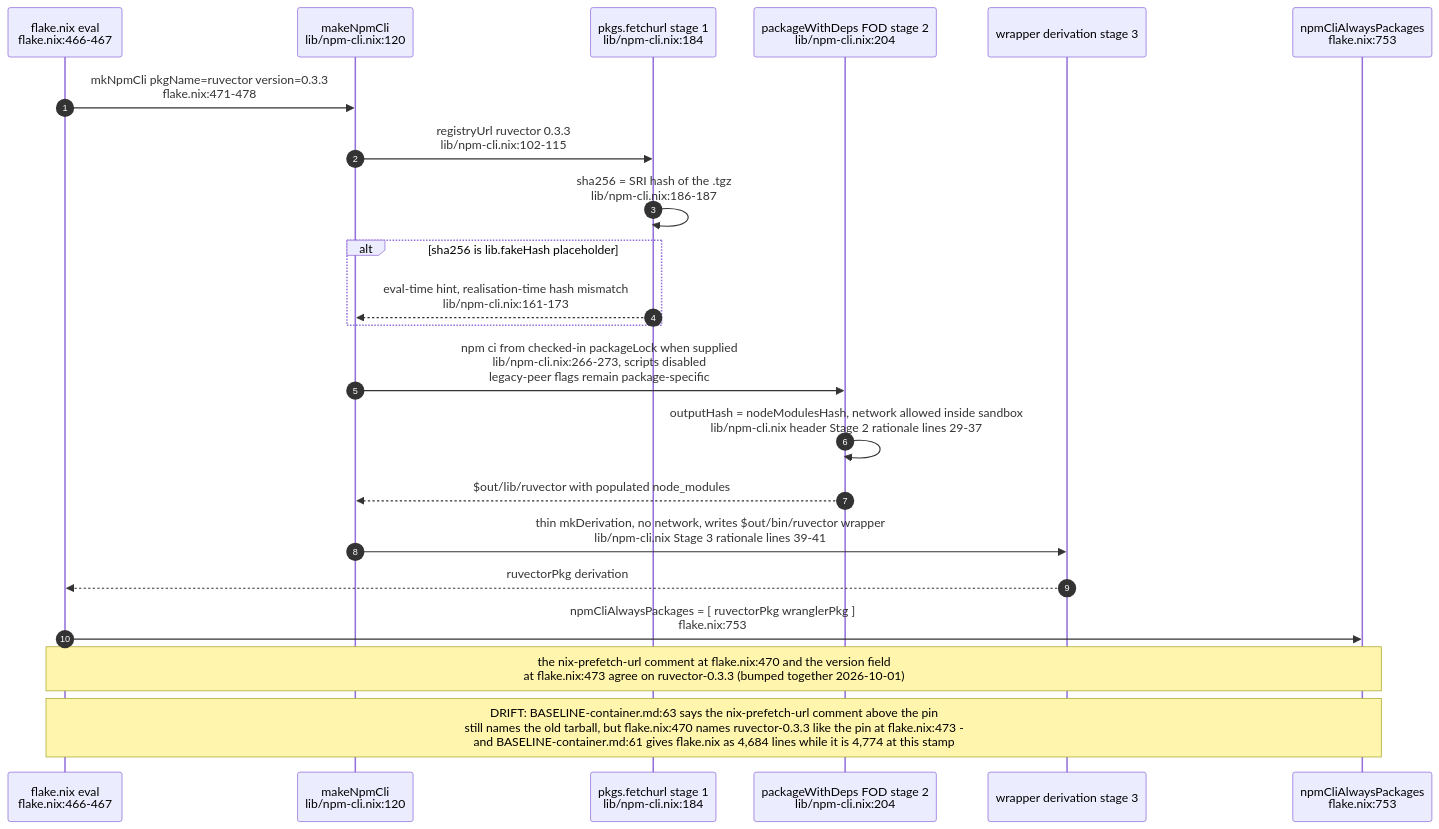
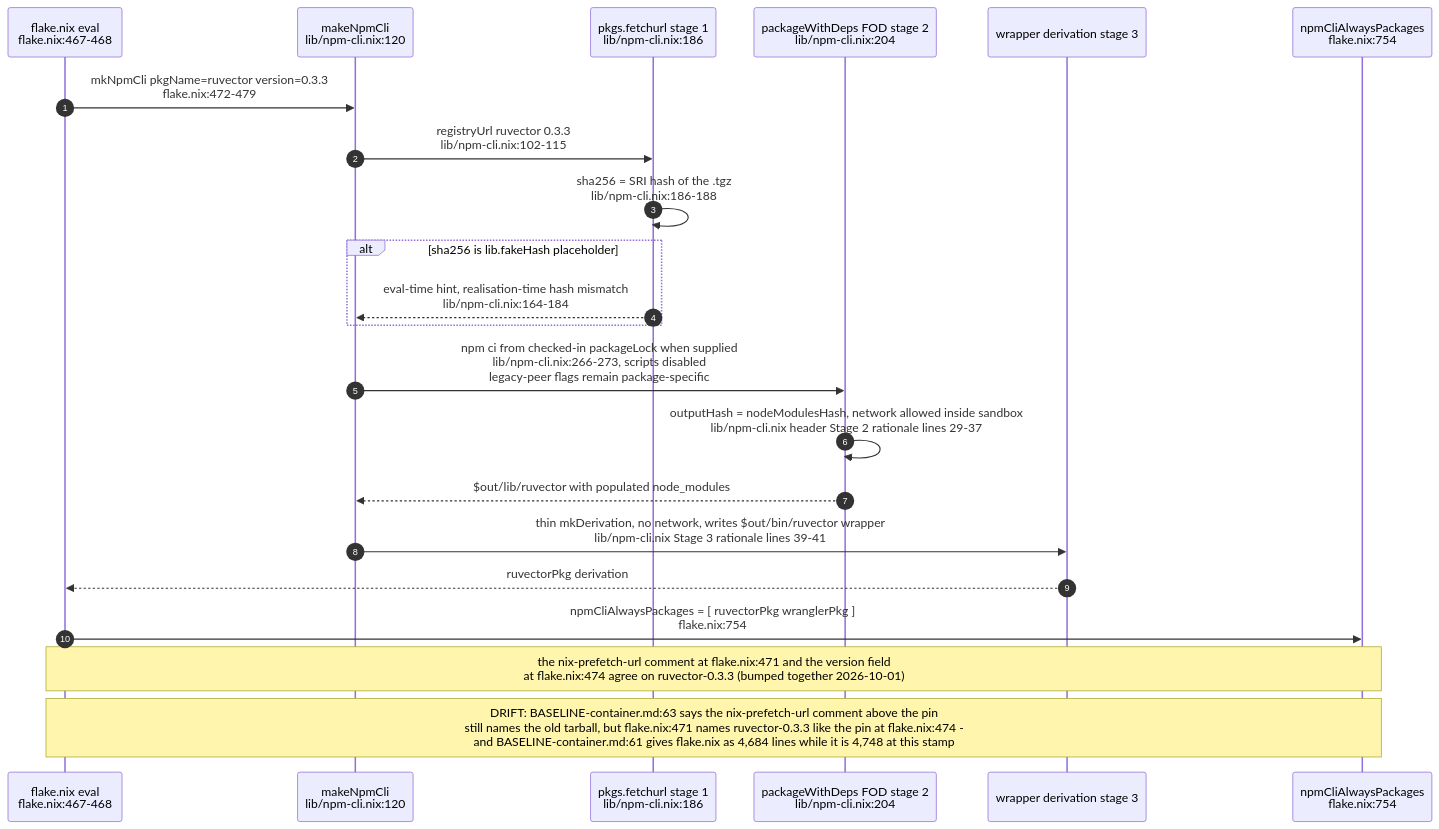
One commit to DreamLab-AI/VisionFlow changed the fifth of 10 diagrams in docs/diagrams/agentbox/01-nix-flake-composition.md. Above: the diagram before and after it, drawn with Mermaid. The commit also changed other lines of this file and 173 other files, not shown here.

````diff
--- a/docs/diagrams/agentbox/01-nix-flake-composition.md
+++ b/docs/diagrams/agentbox/01-nix-flake-composition.md
@@ -257,25 +259,25 @@
 ```mermaid
 sequenceDiagram
     autonumber
-    participant FLAKE as flake.nix eval<br/>flake.nix:466-467
+    participant FLAKE as flake.nix eval<br/>flake.nix:467-468
     participant MK as makeNpmCli<br/>lib/npm-cli.nix:120
-    participant FETCH as pkgs.fetchurl stage 1<br/>lib/npm-cli.nix:184
+    participant FETCH as pkgs.fetchurl stage 1<br/>lib/npm-cli.nix:186
     participant FOD as packageWithDeps FOD stage 2<br/>lib/npm-cli.nix:204
     participant WRAP as wrapper derivation stage 3
-    participant ALWAYS as npmCliAlwaysPackages<br/>flake.nix:753
+    participant ALWAYS as npmCliAlwaysPackages<br/>flake.nix:754
 
-    FLAKE->>MK: mkNpmCli pkgName=ruvector version=0.3.3<br/>flake.nix:471-478
+    FLAKE->>MK: mkNpmCli pkgName=ruvector version=0.3.3<br/>flake.nix:472-479
     MK->>FETCH: registryUrl ruvector 0.3.3<br/>lib/npm-cli.nix:102-115
-    FETCH->>FETCH: sha256 = SRI hash of the .tgz<br/>lib/npm-cli.nix:186-187
+    FETCH->>FETCH: sha256 = SRI hash of the .tgz<br/>lib/npm-cli.nix:186-188
     alt sha256 is lib.fakeHash placeholder
-        FETCH-->>MK: eval-time hint, realisation-time hash mismatch<br/>lib/npm-cli.nix:161-173
+        FETCH-->>MK: eval-time hint, realisation-time hash mismatch<br/>lib/npm-cli.nix:164-184
     end
     MK->>FOD: npm ci from checked-in packageLock when supplied<br/>lib/npm-cli.nix:266-273, scripts disabled<br/>legacy-peer flags remain package-specific
     FOD->>FOD: outputHash = nodeModulesHash, network allowed inside sandbox<br/>lib/npm-cli.nix header Stage 2 rationale lines 29-37
     FOD-->>MK: $out/lib/ruvector with populated node_modules
     MK->>WRAP: thin mkDerivation, no network, writes $out/bin/ruvector wrapper<br/>lib/npm-cli.nix Stage 3 rationale lines 39-41
     WRAP-->>FLAKE: ruvectorPkg derivation
-    FLAKE->>ALWAYS: npmCliAlwaysPackages = [ ruvectorPkg wranglerPkg ]<br/>flake.nix:753
-    Note over FLAKE,ALWAYS: the nix-prefetch-url comment at flake.nix:470 and the version field<br/>at flake.nix:473 agree on ruvector-0.3.3 (bumped together 2026-10-01)
-    Note over FLAKE,ALWAYS: DRIFT: BASELINE-container.md:63 says the nix-prefetch-url comment above the pin<br/>still names the old tarball, but flake.nix:470 names ruvector-0.3.3 like the pin at flake.nix:473 -<br/>and BASELINE-container.md:61 gives flake.nix as 4,684 lines while it is 4,774 at this stamp
+    FLAKE->>ALWAYS: npmCliAlwaysPackages = [ ruvectorPkg wranglerPkg ]<br/>flake.nix:754
+    Note over FLAKE,ALWAYS: the nix-prefetch-url comment at flake.nix:471 and the version field<br/>at flake.nix:474 agree on ruvector-0.3.3 (bumped together 2026-10-01)
+    Note over FLAKE,ALWAYS: DRIFT: BASELINE-container.md:63 says the nix-prefetch-url comment above the pin<br/>still names the old tarball, but flake.nix:471 names ruvector-0.3.3 like the pin at flake.nix:474 -<br/>and BASELINE-container.md:61 gives flake.nix as 4,684 lines while it is 4,748 at this stamp
 ```
````
